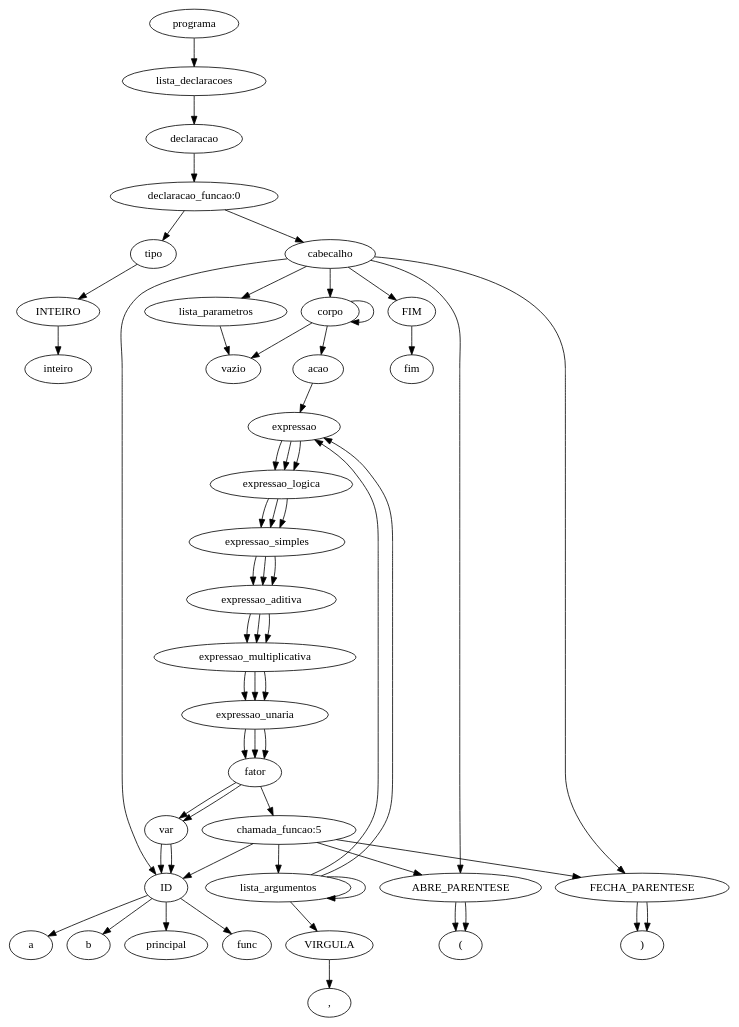
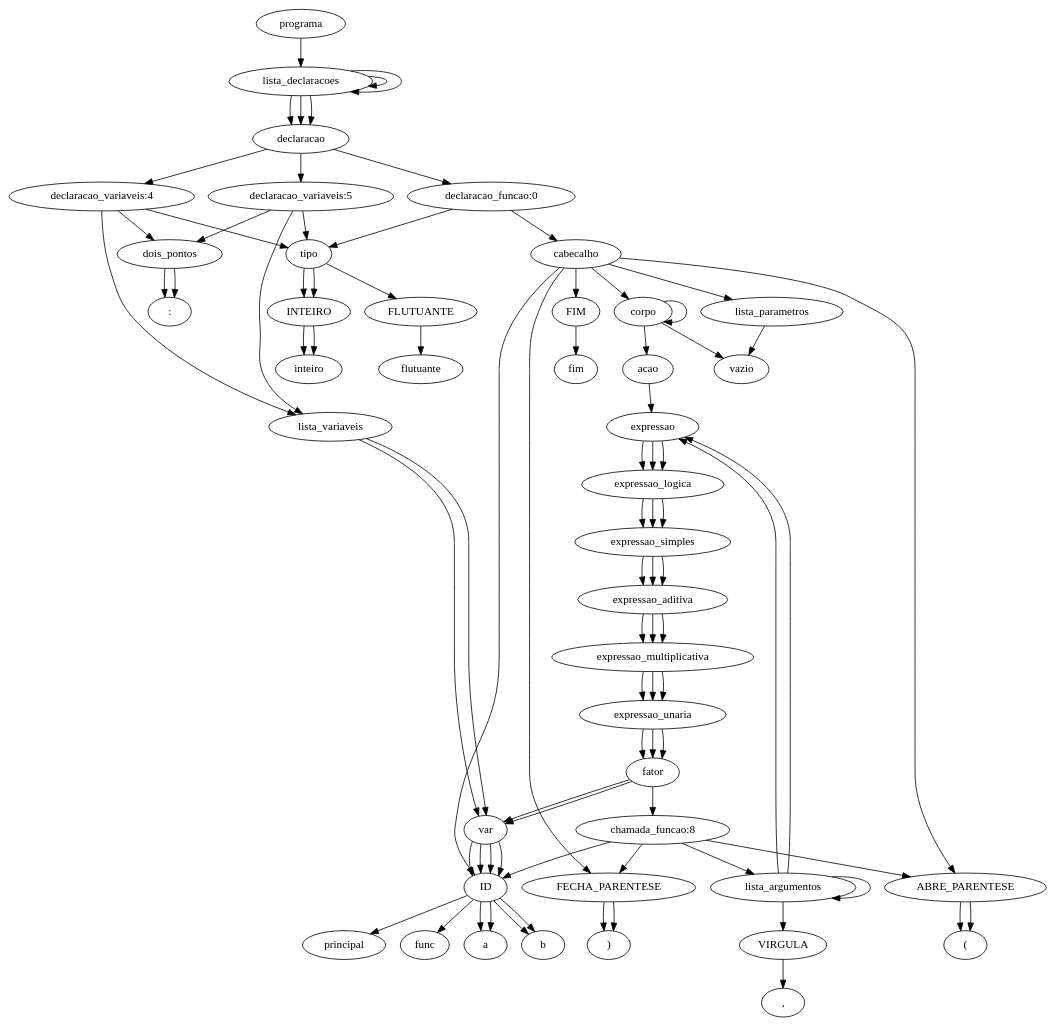
Before and after one commit to JuanFSR/Compiladores: the diagram in 7.AnaliseSemantica/implementacao/semantica-testes/sema-003.tpp.ast.dot, drawn with Graphviz. The commit also changed 7 other files, not shown here.

```diff
--- a/7.AnaliseSemantica/implementacao/semantica-testes/sema-003.tpp.ast.dot
+++ b/7.AnaliseSemantica/implementacao/semantica-testes/sema-003.tpp.ast.dot
@@ -1,121 +1,169 @@
 digraph tree {
     "programa";
     "lista_declaracoes";
+    "lista_declaracoes";
+    "lista_declaracoes";
+    "declaracao";
+    "declaracao_variaveis:4";
+    "tipo";
+    "INTEIRO";
+    "inteiro";
+    "dois_pontos";
+    ":";
+    "lista_variaveis";
+    "var";
+    "ID";
+    "a";
+    "declaracao";
+    "declaracao_variaveis:5";
+    "tipo";
+    "FLUTUANTE";
+    "flutuante";
+    "dois_pontos";
+    ":";
+    "lista_variaveis";
+    "var";
+    "ID";
+    "b";
     "declaracao";
     "declaracao_funcao:0";
     "tipo";
     "INTEIRO";
     "inteiro";
     "cabecalho";
     "ID";
     "principal";
     "ABRE_PARENTESE";
     "(";
     "lista_parametros";
     "vazio";
     "FECHA_PARENTESE";
     ")";
     "corpo";
     "corpo";
     "vazio";
     "acao";
     "expressao";
     "expressao_logica";
     "expressao_simples";
     "expressao_aditiva";
     "expressao_multiplicativa";
     "expressao_unaria";
     "fator";
-    "chamada_funcao:5";
+    "chamada_funcao:8";
     "ID";
     "func";
     "ABRE_PARENTESE";
     "(";
     "lista_argumentos";
     "lista_argumentos";
     "expressao";
     "expressao_logica";
     "expressao_simples";
     "expressao_aditiva";
     "expressao_multiplicativa";
     "expressao_unaria";
     "fator";
     "var";
     "ID";
     "a";
     "VIRGULA";
     ",";
     "expressao";
     "expressao_logica";
     "expressao_simples";
     "expressao_aditiva";
     "expressao_multiplicativa";
     "expressao_unaria";
     "fator";
     "var";
     "ID";
     "b";
     "FECHA_PARENTESE";
     ")";
     "FIM";
     "fim";
     "programa" -> "lista_declaracoes";
+    "lista_declaracoes" -> "lista_declaracoes";
     "lista_declaracoes" -> "declaracao";
+    "lista_declaracoes" -> "lista_declaracoes";
+    "lista_declaracoes" -> "declaracao";
+    "lista_declaracoes" -> "declaracao";
+    "declaracao" -> "declaracao_variaveis:4";
+    "declaracao_variaveis:4" -> "tipo";
+    "declaracao_variaveis:4" -> "dois_pontos";
+    "declaracao_variaveis:4" -> "lista_variaveis";
+    "tipo" -> "INTEIRO";
+    "INTEIRO" -> "inteiro";
+    "dois_pontos" -> ":";
+    "lista_variaveis" -> "var";
+    "var" -> "ID";
+    "ID" -> "a";
+    "declaracao" -> "declaracao_variaveis:5";
+    "declaracao_variaveis:5" -> "tipo";
+    "declaracao_variaveis:5" -> "dois_pontos";
+    "declaracao_variaveis:5" -> "lista_variaveis";
+    "tipo" -> "FLUTUANTE";
+    "FLUTUANTE" -> "flutuante";
+    "dois_pontos" -> ":";
+    "lista_variaveis" -> "var";
+    "var" -> "ID";
+    "ID" -> "b";
     "declaracao" -> "declaracao_funcao:0";
     "declaracao_funcao:0" -> "tipo";
     "declaracao_funcao:0" -> "cabecalho";
     "tipo" -> "INTEIRO";
     "INTEIRO" -> "inteiro";
     "cabecalho" -> "ID";
     "cabecalho" -> "ABRE_PARENTESE";
     "cabecalho" -> "lista_parametros";
     "cabecalho" -> "FECHA_PARENTESE";
     "cabecalho" -> "corpo";
     "cabecalho" -> "FIM";
     "ID" -> "principal";
     "ABRE_PARENTESE" -> "(";
     "lista_parametros" -> "vazio";
     "FECHA_PARENTESE" -> ")";
     "corpo" -> "corpo";
     "corpo" -> "acao";
     "corpo" -> "vazio";
     "acao" -> "expressao";
     "expressao" -> "expressao_logica";
     "expressao_logica" -> "expressao_simples";
     "expressao_simples" -> "expressao_aditiva";
     "expressao_aditiva" -> "expressao_multiplicativa";
     "expressao_multiplicativa" -> "expressao_unaria";
     "expressao_unaria" -> "fator";
-    "fator" -> "chamada_funcao:5";
-    "chamada_funcao:5" -> "ID";
-    "chamada_funcao:5" -> "ABRE_PARENTESE";
-    "chamada_funcao:5" -> "lista_argumentos";
-    "chamada_funcao:5" -> "FECHA_PARENTESE";
+    "fator" -> "chamada_funcao:8";
+    "chamada_funcao:8" -> "ID";
+    "chamada_funcao:8" -> "ABRE_PARENTESE";
+    "chamada_funcao:8" -> "lista_argumentos";
+    "chamada_funcao:8" -> "FECHA_PARENTESE";
     "ID" -> "func";
     "ABRE_PARENTESE" -> "(";
     "lista_argumentos" -> "lista_argumentos";
     "lista_argumentos" -> "VIRGULA";
     "lista_argumentos" -> "expressao";
     "lista_argumentos" -> "expressao";
     "expressao" -> "expressao_logica";
     "expressao_logica" -> "expressao_simples";
     "expressao_simples" -> "expressao_aditiva";
     "expressao_aditiva" -> "expressao_multiplicativa";
     "expressao_multiplicativa" -> "expressao_unaria";
     "expressao_unaria" -> "fator";
     "fator" -> "var";
     "var" -> "ID";
     "ID" -> "a";
     "VIRGULA" -> ",";
     "expressao" -> "expressao_logica";
     "expressao_logica" -> "expressao_simples";
     "expressao_simples" -> "expressao_aditiva";
     "expressao_aditiva" -> "expressao_multiplicativa";
     "expressao_multiplicativa" -> "expressao_unaria";
     "expressao_unaria" -> "fator";
     "fator" -> "var";
     "var" -> "ID";
     "ID" -> "b";
     "FECHA_PARENTESE" -> ")";
     "FIM" -> "fim";
 }
```
